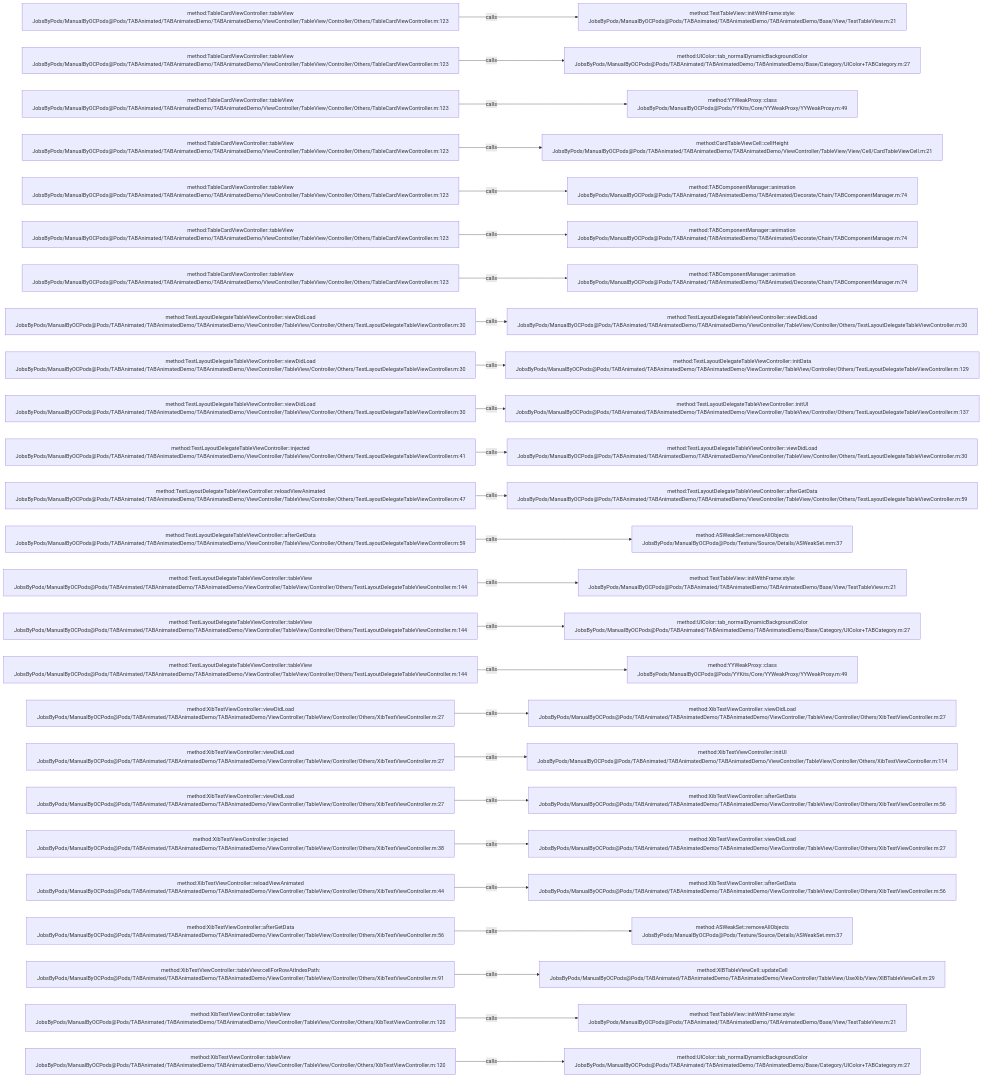
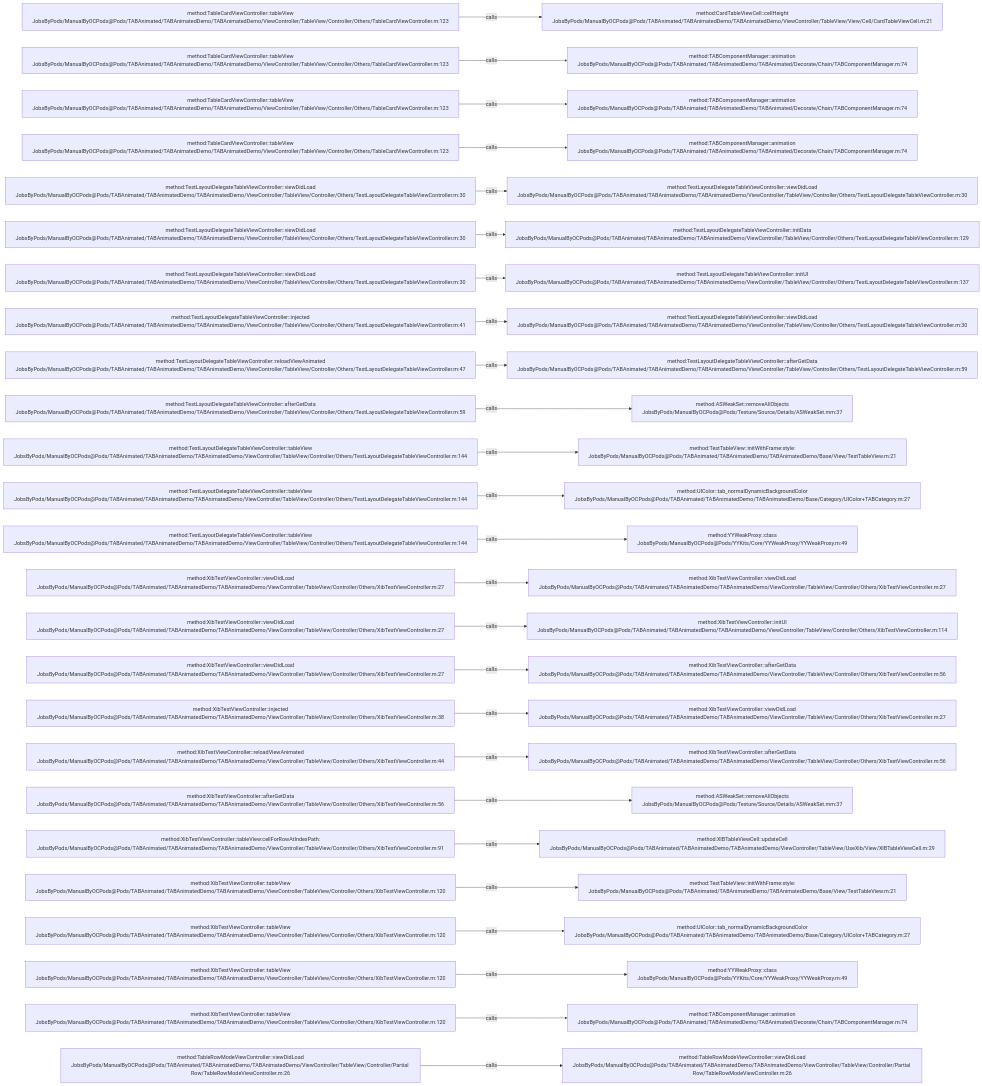
The diagram in .codegraph/codegraph.md/graphs/calls-061.md (JobsKits/JobsOCBaseConfigDemo), drawn with Mermaid before and after one commit. The commit also changed 342 other files, not shown here.

````diff
--- a/.codegraph/codegraph.md/graphs/calls-061.md
+++ b/.codegraph/codegraph.md/graphs/calls-061.md
@@ -13,78 +13,78 @@
 ```mermaid
 flowchart LR
   S1["method:TableCardViewController::tableView<br/>JobsByPods/ManualByOCPods@Pods/TABAnimated/TABAnimatedDemo/TABAnimatedDemo/ViewController/TableView/Controller/Others/TableCardViewController.m:123"]
-  T1["method:TestTableView::initWithFrame:style:<br/>JobsByPods/ManualByOCPods@Pods/TABAnimated/TABAnimatedDemo/TABAnimatedDemo/Base/View/TestTableView.m:21"]
+  T1["method:CardTableViewCell::cellHeight<br/>JobsByPods/ManualByOCPods@Pods/TABAnimated/TABAnimatedDemo/TABAnimatedDemo/ViewController/TableView/View/Cell/CardTableViewCell.m:21"]
   S1 -->|calls| T1
   S2["method:TableCardViewController::tableView<br/>JobsByPods/ManualByOCPods@Pods/TABAnimated/TABAnimatedDemo/TABAnimatedDemo/ViewController/TableView/Controller/Others/TableCardViewController.m:123"]
-  T2["method:UIColor::tab_normalDynamicBackgroundColor<br/>JobsByPods/ManualByOCPods@Pods/TABAnimated/TABAnimatedDemo/TABAnimatedDemo/Base/Category/UIColor+TABCategory.m:27"]
+  T2["method:TABComponentManager::animation<br/>JobsByPods/ManualByOCPods@Pods/TABAnimated/TABAnimatedDemo/TABAnimated/Decorate/Chain/TABComponentManager.m:74"]
   S2 -->|calls| T2
   S3["method:TableCardViewController::tableView<br/>JobsByPods/ManualByOCPods@Pods/TABAnimated/TABAnimatedDemo/TABAnimatedDemo/ViewController/TableView/Controller/Others/TableCardViewController.m:123"]
-  T3["method:YYWeakProxy::class<br/>JobsByPods/ManualByOCPods@Pods/YYKits/Core/YYWeakProxy/YYWeakProxy.m:49"]
+  T3["method:TABComponentManager::animation<br/>JobsByPods/ManualByOCPods@Pods/TABAnimated/TABAnimatedDemo/TABAnimated/Decorate/Chain/TABComponentManager.m:74"]
   S3 -->|calls| T3
   S4["method:TableCardViewController::tableView<br/>JobsByPods/ManualByOCPods@Pods/TABAnimated/TABAnimatedDemo/TABAnimatedDemo/ViewController/TableView/Controller/Others/TableCardViewController.m:123"]
-  T4["method:CardTableViewCell::cellHeight<br/>JobsByPods/ManualByOCPods@Pods/TABAnimated/TABAnimatedDemo/TABAnimatedDemo/ViewController/TableView/View/Cell/CardTableViewCell.m:21"]
+  T4["method:TABComponentManager::animation<br/>JobsByPods/ManualByOCPods@Pods/TABAnimated/TABAnimatedDemo/TABAnimated/Decorate/Chain/TABComponentManager.m:74"]
   S4 -->|calls| T4
-  S5["method:TableCardViewController::tableView<br/>JobsByPods/ManualByOCPods@Pods/TABAnimated/TABAnimatedDemo/TABAnimatedDemo/ViewController/TableView/Controller/Others/TableCardViewController.m:123"]
-  T5["method:TABComponentManager::animation<br/>JobsByPods/ManualByOCPods@Pods/TABAnimated/TABAnimatedDemo/TABAnimated/Decorate/Chain/TABComponentManager.m:74"]
+  S5["method:TestLayoutDelegateTableViewController::viewDidLoad<br/>JobsByPods/ManualByOCPods@Pods/TABAnimated/TABAnimatedDemo/TABAnimatedDemo/ViewController/TableView/Controller/Others/TestLayoutDelegateTableViewController.m:30"]
+  T5["method:TestLayoutDelegateTableViewController::viewDidLoad<br/>JobsByPods/ManualByOCPods@Pods/TABAnimated/TABAnimatedDemo/TABAnimatedDemo/ViewController/TableView/Controller/Others/TestLayoutDelegateTableViewController.m:30"]
   S5 -->|calls| T5
-  S6["method:TableCardViewController::tableView<br/>JobsByPods/ManualByOCPods@Pods/TABAnimated/TABAnimatedDemo/TABAnimatedDemo/ViewController/TableView/Controller/Others/TableCardViewController.m:123"]
-  T6["method:TABComponentManager::animation<br/>JobsByPods/ManualByOCPods@Pods/TABAnimated/TABAnimatedDemo/TABAnimated/Decorate/Chain/TABComponentManager.m:74"]
+  S6["method:TestLayoutDelegateTableViewController::viewDidLoad<br/>JobsByPods/ManualByOCPods@Pods/TABAnimated/TABAnimatedDemo/TABAnimatedDemo/ViewController/TableView/Controller/Others/TestLayoutDelegateTableViewController.m:30"]
+  T6["method:TestLayoutDelegateTableViewController::initData<br/>JobsByPods/ManualByOCPods@Pods/TABAnimated/TABAnimatedDemo/TABAnimatedDemo/ViewController/TableView/Controller/Others/TestLayoutDelegateTableViewController.m:129"]
   S6 -->|calls| T6
-  S7["method:TableCardViewController::tableView<br/>JobsByPods/ManualByOCPods@Pods/TABAnimated/TABAnimatedDemo/TABAnimatedDemo/ViewController/TableView/Controller/Others/TableCardViewController.m:123"]
-  T7["method:TABComponentManager::animation<br/>JobsByPods/ManualByOCPods@Pods/TABAnimated/TABAnimatedDemo/TABAnimated/Decorate/Chain/TABComponentManager.m:74"]
+  S7["method:TestLayoutDelegateTableViewController::viewDidLoad<br/>JobsByPods/ManualByOCPods@Pods/TABAnimated/TABAnimatedDemo/TABAnimatedDemo/ViewController/TableView/Controller/Others/TestLayoutDelegateTableViewController.m:30"]
+  T7["method:TestLayoutDelegateTableViewController::initUI<br/>JobsByPods/ManualByOCPods@Pods/TABAnimated/TABAnimatedDemo/TABAnimatedDemo/ViewController/TableView/Controller/Others/TestLayoutDelegateTableViewController.m:137"]
   S7 -->|calls| T7
-  S8["method:TestLayoutDelegateTableViewController::viewDidLoad<br/>JobsByPods/ManualByOCPods@Pods/TABAnimated/TABAnimatedDemo/TABAnimatedDemo/ViewController/TableView/Controller/Others/TestLayoutDelegateTableViewController.m:30"]
+  S8["method:TestLayoutDelegateTableViewController::injected<br/>JobsByPods/ManualByOCPods@Pods/TABAnimated/TABAnimatedDemo/TABAnimatedDemo/ViewController/TableView/Controller/Others/TestLayoutDelegateTableViewController.m:41"]
   T8["method:TestLayoutDelegateTableViewController::viewDidLoad<br/>JobsByPods/ManualByOCPods@Pods/TABAnimated/TABAnimatedDemo/TABAnimatedDemo/ViewController/TableView/Controller/Others/TestLayoutDelegateTableViewController.m:30"]
   S8 -->|calls| T8
-  S9["method:TestLayoutDelegateTableViewController::viewDidLoad<br/>JobsByPods/ManualByOCPods@Pods/TABAnimated/TABAnimatedDemo/TABAnimatedDemo/ViewController/TableView/Controller/Others/TestLayoutDelegateTableViewController.m:30"]
-  T9["method:TestLayoutDelegateTableViewController::initData<br/>JobsByPods/ManualByOCPods@Pods/TABAnimated/TABAnimatedDemo/TABAnimatedDemo/ViewController/TableView/Controller/Others/TestLayoutDelegateTableViewController.m:129"]
+  S9["method:TestLayoutDelegateTableViewController::reloadViewAnimated<br/>JobsByPods/ManualByOCPods@Pods/TABAnimated/TABAnimatedDemo/TABAnimatedDemo/ViewController/TableView/Controller/Others/TestLayoutDelegateTableViewController.m:47"]
+  T9["method:TestLayoutDelegateTableViewController::afterGetData<br/>JobsByPods/ManualByOCPods@Pods/TABAnimated/TABAnimatedDemo/TABAnimatedDemo/ViewController/TableView/Controller/Others/TestLayoutDelegateTableViewController.m:59"]
   S9 -->|calls| T9
-  S10["method:TestLayoutDelegateTableViewController::viewDidLoad<br/>JobsByPods/ManualByOCPods@Pods/TABAnimated/TABAnimatedDemo/TABAnimatedDemo/ViewController/TableView/Controller/Others/TestLayoutDelegateTableViewController.m:30"]
-  T10["method:TestLayoutDelegateTableViewController::initUI<br/>JobsByPods/ManualByOCPods@Pods/TABAnimated/TABAnimatedDemo/TABAnimatedDemo/ViewController/TableView/Controller/Others/TestLayoutDelegateTableViewController.m:137"]
+  S10["method:TestLayoutDelegateTableViewController::afterGetData<br/>JobsByPods/ManualByOCPods@Pods/TABAnimated/TABAnimatedDemo/TABAnimatedDemo/ViewController/TableView/Controller/Others/TestLayoutDelegateTableViewController.m:59"]
+  T10["method:ASWeakSet::removeAllObjects<br/>JobsByPods/ManualByOCPods@Pods/Texture/Source/Details/ASWeakSet.mm:37"]
   S10 -->|calls| T10
-  S11["method:TestLayoutDelegateTableViewController::injected<br/>JobsByPods/ManualByOCPods@Pods/TABAnimated/TABAnimatedDemo/TABAnimatedDemo/ViewController/TableView/Controller/Others/TestLayoutDelegateTableViewController.m:41"]
-  T11["method:TestLayoutDelegateTableViewController::viewDidLoad<br/>JobsByPods/ManualByOCPods@Pods/TABAnimated/TABAnimatedDemo/TABAnimatedDemo/ViewController/TableView/Controller/Others/TestLayoutDelegateTableViewController.m:30"]
+  S11["method:TestLayoutDelegateTableViewController::tableView<br/>JobsByPods/ManualByOCPods@Pods/TABAnimated/TABAnimatedDemo/TABAnimatedDemo/ViewController/TableView/Controller/Others/TestLayoutDelegateTableViewController.m:144"]
+  T11["method:TestTableView::initWithFrame:style:<br/>JobsByPods/ManualByOCPods@Pods/TABAnimated/TABAnimatedDemo/TABAnimatedDemo/Base/View/TestTableView.m:21"]
   S11 -->|calls| T11
-  S12["method:TestLayoutDelegateTableViewController::reloadViewAnimated<br/>JobsByPods/ManualByOCPods@Pods/TABAnimated/TABAnimatedDemo/TABAnimatedDemo/ViewController/TableView/Controller/Others/TestLayoutDelegateTableViewController.m:47"]
-  T12["method:TestLayoutDelegateTableViewController::afterGetData<br/>JobsByPods/ManualByOCPods@Pods/TABAnimated/TABAnimatedDemo/TABAnimatedDemo/ViewController/TableView/Controller/Others/TestLayoutDelegateTableViewController.m:59"]
+  S12["method:TestLayoutDelegateTableViewController::tableView<br/>JobsByPods/ManualByOCPods@Pods/TABAnimated/TABAnimatedDemo/TABAnimatedDemo/ViewController/TableView/Controller/Others/TestLayoutDelegateTableViewController.m:144"]
+  T12["method:UIColor::tab_normalDynamicBackgroundColor<br/>JobsByPods/ManualByOCPods@Pods/TABAnimated/TABAnimatedDemo/TABAnimatedDemo/Base/Category/UIColor+TABCategory.m:27"]
   S12 -->|calls| T12
-  S13["method:TestLayoutDelegateTableViewController::afterGetData<br/>JobsByPods/ManualByOCPods@Pods/TABAnimated/TABAnimatedDemo/TABAnimatedDemo/ViewController/TableView/Controller/Others/TestLayoutDelegateTableViewController.m:59"]
-  T13["method:ASWeakSet::removeAllObjects<br/>JobsByPods/ManualByOCPods@Pods/Texture/Source/Details/ASWeakSet.mm:37"]
+  S13["method:TestLayoutDelegateTableViewController::tableView<br/>JobsByPods/ManualByOCPods@Pods/TABAnimated/TABAnimatedDemo/TABAnimatedDemo/ViewController/TableView/Controller/Others/TestLayoutDelegateTableViewController.m:144"]
+  T13["method:YYWeakProxy::class<br/>JobsByPods/ManualByOCPods@Pods/YYKits/Core/YYWeakProxy/YYWeakProxy.m:49"]
   S13 -->|calls| T13
-  S14["method:TestLayoutDelegateTableViewController::tableView<br/>JobsByPods/ManualByOCPods@Pods/TABAnimated/TABAnimatedDemo/TABAnimatedDemo/ViewController/TableView/Controller/Others/TestLayoutDelegateTableViewController.m:144"]
-  T14["method:TestTableView::initWithFrame:style:<br/>JobsByPods/ManualByOCPods@Pods/TABAnimated/TABAnimatedDemo/TABAnimatedDemo/Base/View/TestTableView.m:21"]
+  S14["method:XibTestViewController::viewDidLoad<br/>JobsByPods/ManualByOCPods@Pods/TABAnimated/TABAnimatedDemo/TABAnimatedDemo/ViewController/TableView/Controller/Others/XibTestViewController.m:27"]
+  T14["method:XibTestViewController::viewDidLoad<br/>JobsByPods/ManualByOCPods@Pods/TABAnimated/TABAnimatedDemo/TABAnimatedDemo/ViewController/TableView/Controller/Others/XibTestViewController.m:27"]
   S14 -->|calls| T14
-  S15["method:TestLayoutDelegateTableViewController::tableView<br/>JobsByPods/ManualByOCPods@Pods/TABAnimated/TABAnimatedDemo/TABAnimatedDemo/ViewController/TableView/Controller/Others/TestLayoutDelegateTableViewController.m:144"]
-  T15["method:UIColor::tab_normalDynamicBackgroundColor<br/>JobsByPods/ManualByOCPods@Pods/TABAnimated/TABAnimatedDemo/TABAnimatedDemo/Base/Category/UIColor+TABCategory.m:27"]
+  S15["method:XibTestViewController::viewDidLoad<br/>JobsByPods/ManualByOCPods@Pods/TABAnimated/TABAnimatedDemo/TABAnimatedDemo/ViewController/TableView/Controller/Others/XibTestViewController.m:27"]
+  T15["method:XibTestViewController::initUI<br/>JobsByPods/ManualByOCPods@Pods/TABAnimated/TABAnimatedDemo/TABAnimatedDemo/ViewController/TableView/Controller/Others/XibTestViewController.m:114"]
   S15 -->|calls| T15
-  S16["method:TestLayoutDelegateTableViewController::tableView<br/>JobsByPods/ManualByOCPods@Pods/TABAnimated/TABAnimatedDemo/TABAnimatedDemo/ViewController/TableView/Controller/Others/TestLayoutDelegateTableViewController.m:144"]
-  T16["method:YYWeakProxy::class<br/>JobsByPods/ManualByOCPods@Pods/YYKits/Core/YYWeakProxy/YYWeakProxy.m:49"]
+  S16["method:XibTestViewController::viewDidLoad<br/>JobsByPods/ManualByOCPods@Pods/TABAnimated/TABAnimatedDemo/TABAnimatedDemo/ViewController/TableView/Controller/Others/XibTestViewController.m:27"]
+  T16["method:XibTestViewController::afterGetData<br/>JobsByPods/ManualByOCPods@Pods/TABAnimated/TABAnimatedDemo/TABAnimatedDemo/ViewController/TableView/Controller/Others/XibTestViewController.m:56"]
   S16 -->|calls| T16
-  S17["method:XibTestViewController::viewDidLoad<br/>JobsByPods/ManualByOCPods@Pods/TABAnimated/TABAnimatedDemo/TABAnimatedDemo/ViewController/TableView/Controller/Others/XibTestViewController.m:27"]
+  S17["method:XibTestViewController::injected<br/>JobsByPods/ManualByOCPods@Pods/TABAnimated/TABAnimatedDemo/TABAnimatedDemo/ViewController/TableView/Controller/Others/XibTestViewController.m:38"]
   T17["method:XibTestViewController::viewDidLoad<br/>JobsByPods/ManualByOCPods@Pods/TABAnimated/TABAnimatedDemo/TABAnimatedDemo/ViewController/TableView/Controller/Others/XibTestViewController.m:27"]
   S17 -->|calls| T17
-  S18["method:XibTestViewController::viewDidLoad<br/>JobsByPods/ManualByOCPods@Pods/TABAnimated/TABAnimatedDemo/TABAnimatedDemo/ViewController/TableView/Controller/Others/XibTestViewController.m:27"]
-  T18["method:XibTestViewController::initUI<br/>JobsByPods/ManualByOCPods@Pods/TABAnimated/TABAnimatedDemo/TABAnimatedDemo/ViewController/TableView/Controller/Others/XibTestViewController.m:114"]
+  S18["method:XibTestViewController::reloadViewAnimated<br/>JobsByPods/ManualByOCPods@Pods/TABAnimated/TABAnimatedDemo/TABAnimatedDemo/ViewController/TableView/Controller/Others/XibTestViewController.m:44"]
+  T18["method:XibTestViewController::afterGetData<br/>JobsByPods/ManualByOCPods@Pods/TABAnimated/TABAnimatedDemo/TABAnimatedDemo/ViewController/TableView/Controller/Others/XibTestViewController.m:56"]
   S18 -->|calls| T18
-  S19["method:XibTestViewController::viewDidLoad<br/>JobsByPods/ManualByOCPods@Pods/TABAnimated/TABAnimatedDemo/TABAnimatedDemo/ViewController/TableView/Controller/Others/XibTestViewController.m:27"]
-  T19["method:XibTestViewController::afterGetData<br/>JobsByPods/ManualByOCPods@Pods/TABAnimated/TABAnimatedDemo/TABAnimatedDemo/ViewController/TableView/Controller/Others/XibTestViewController.m:56"]
+  S19["method:XibTestViewController::afterGetData<br/>JobsByPods/ManualByOCPods@Pods/TABAnimated/TABAnimatedDemo/TABAnimatedDemo/ViewController/TableView/Controller/Others/XibTestViewController.m:56"]
+  T19["method:ASWeakSet::removeAllObjects<br/>JobsByPods/ManualByOCPods@Pods/Texture/Source/Details/ASWeakSet.mm:37"]
   S19 -->|calls| T19
-  S20["method:XibTestViewController::injected<br/>JobsByPods/ManualByOCPods@Pods/TABAnimated/TABAnimatedDemo/TABAnimatedDemo/ViewController/TableView/Controller/Others/XibTestViewController.m:38"]
-  T20["method:XibTestViewController::viewDidLoad<br/>JobsByPods/ManualByOCPods@Pods/TABAnimated/TABAnimatedDemo/TABAnimatedDemo/ViewController/TableView/Controller/Others/XibTestViewController.m:27"]
+  S20["method:XibTestViewController::tableView:cellForRowAtIndexPath:<br/>JobsByPods/ManualByOCPods@Pods/TABAnimated/TABAnimatedDemo/TABAnimatedDemo/ViewController/TableView/Controller/Others/XibTestViewController.m:91"]
+  T20["method:XIBTableViewCell::updateCell<br/>JobsByPods/ManualByOCPods@Pods/TABAnimated/TABAnimatedDemo/TABAnimatedDemo/ViewController/TableView/UseXib/View/XIBTableViewCell.m:29"]
   S20 -->|calls| T20
-  S21["method:XibTestViewController::reloadViewAnimated<br/>JobsByPods/ManualByOCPods@Pods/TABAnimated/TABAnimatedDemo/TABAnimatedDemo/ViewController/TableView/Controller/Others/XibTestViewController.m:44"]
-  T21["method:XibTestViewController::afterGetData<br/>JobsByPods/ManualByOCPods@Pods/TABAnimated/TABAnimatedDemo/TABAnimatedDemo/ViewController/TableView/Controller/Others/XibTestViewController.m:56"]
+  S21["method:XibTestViewController::tableView<br/>JobsByPods/ManualByOCPods@Pods/TABAnimated/TABAnimatedDemo/TABAnimatedDemo/ViewController/TableView/Controller/Others/XibTestViewController.m:120"]
+  T21["method:TestTableView::initWithFrame:style:<br/>JobsByPods/ManualByOCPods@Pods/TABAnimated/TABAnimatedDemo/TABAnimatedDemo/Base/View/TestTableView.m:21"]
   S21 -->|calls| T21
-  S22["method:XibTestViewController::afterGetData<br/>JobsByPods/ManualByOCPods@Pods/TABAnimated/TABAnimatedDemo/TABAnimatedDemo/ViewController/TableView/Controller/Others/XibTestViewController.m:56"]
-  T22["method:ASWeakSet::removeAllObjects<br/>JobsByPods/ManualByOCPods@Pods/Texture/Source/Details/ASWeakSet.mm:37"]
+  S22["method:XibTestViewController::tableView<br/>JobsByPods/ManualByOCPods@Pods/TABAnimated/TABAnimatedDemo/TABAnimatedDemo/ViewController/TableView/Controller/Others/XibTestViewController.m:120"]
+  T22["method:UIColor::tab_normalDynamicBackgroundColor<br/>JobsByPods/ManualByOCPods@Pods/TABAnimated/TABAnimatedDemo/TABAnimatedDemo/Base/Category/UIColor+TABCategory.m:27"]
   S22 -->|calls| T22
-  S23["method:XibTestViewController::tableView:cellForRowAtIndexPath:<br/>JobsByPods/ManualByOCPods@Pods/TABAnimated/TABAnimatedDemo/TABAnimatedDemo/ViewController/TableView/Controller/Others/XibTestViewController.m:91"]
-  T23["method:XIBTableViewCell::updateCell<br/>JobsByPods/ManualByOCPods@Pods/TABAnimated/TABAnimatedDemo/TABAnimatedDemo/ViewController/TableView/UseXib/View/XIBTableViewCell.m:29"]
+  S23["method:XibTestViewController::tableView<br/>JobsByPods/ManualByOCPods@Pods/TABAnimated/TABAnimatedDemo/TABAnimatedDemo/ViewController/TableView/Controller/Others/XibTestViewController.m:120"]
+  T23["method:YYWeakProxy::class<br/>JobsByPods/ManualByOCPods@Pods/YYKits/Core/YYWeakProxy/YYWeakProxy.m:49"]
   S23 -->|calls| T23
   S24["method:XibTestViewController::tableView<br/>JobsByPods/ManualByOCPods@Pods/TABAnimated/TABAnimatedDemo/TABAnimatedDemo/ViewController/TableView/Controller/Others/XibTestViewController.m:120"]
-  T24["method:TestTableView::initWithFrame:style:<br/>JobsByPods/ManualByOCPods@Pods/TABAnimated/TABAnimatedDemo/TABAnimatedDemo/Base/View/TestTableView.m:21"]
+  T24["method:TABComponentManager::animation<br/>JobsByPods/ManualByOCPods@Pods/TABAnimated/TABAnimatedDemo/TABAnimated/Decorate/Chain/TABComponentManager.m:74"]
   S24 -->|calls| T24
-  S25["method:XibTestViewController::tableView<br/>JobsByPods/ManualByOCPods@Pods/TABAnimated/TABAnimatedDemo/TABAnimatedDemo/ViewController/TableView/Controller/Others/XibTestViewController.m:120"]
-  T25["method:UIColor::tab_normalDynamicBackgroundColor<br/>JobsByPods/ManualByOCPods@Pods/TABAnimated/TABAnimatedDemo/TABAnimatedDemo/Base/Category/UIColor+TABCategory.m:27"]
+  S25["method:TableRowModeViewController::viewDidLoad<br/>JobsByPods/ManualByOCPods@Pods/TABAnimated/TABAnimatedDemo/TABAnimatedDemo/ViewController/TableView/Controller/Partial Row/TableRowModeViewController.m:26"]
+  T25["method:TableRowModeViewController::viewDidLoad<br/>JobsByPods/ManualByOCPods@Pods/TABAnimated/TABAnimatedDemo/TABAnimatedDemo/ViewController/TableView/Controller/Partial Row/TableRowModeViewController.m:26"]
   S25 -->|calls| T25
 ```
````
